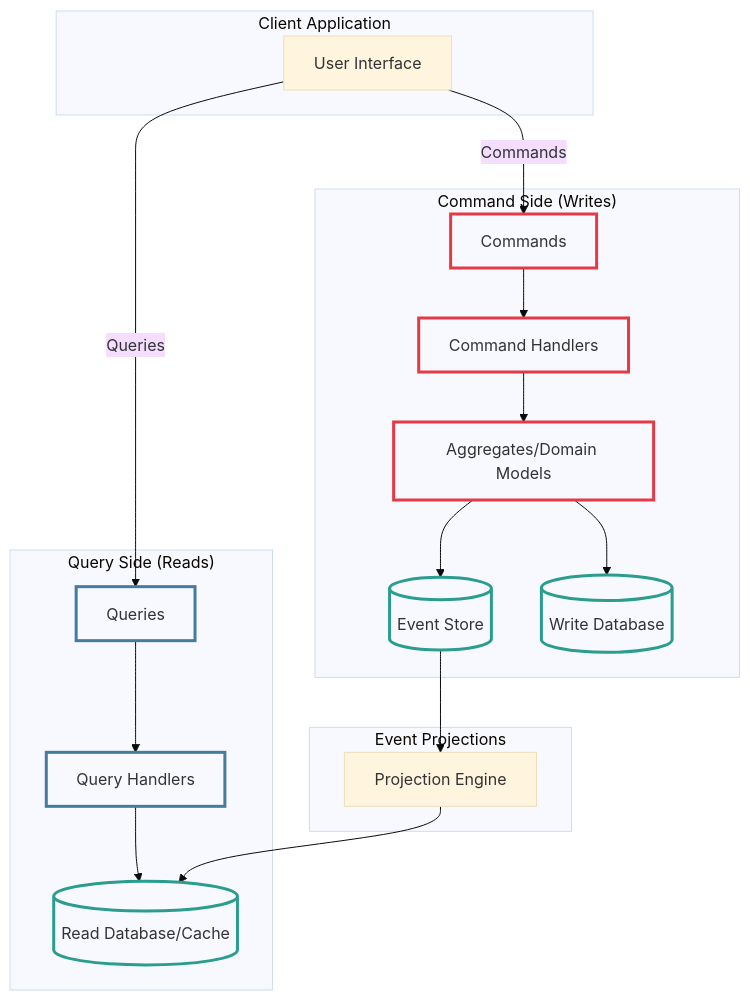
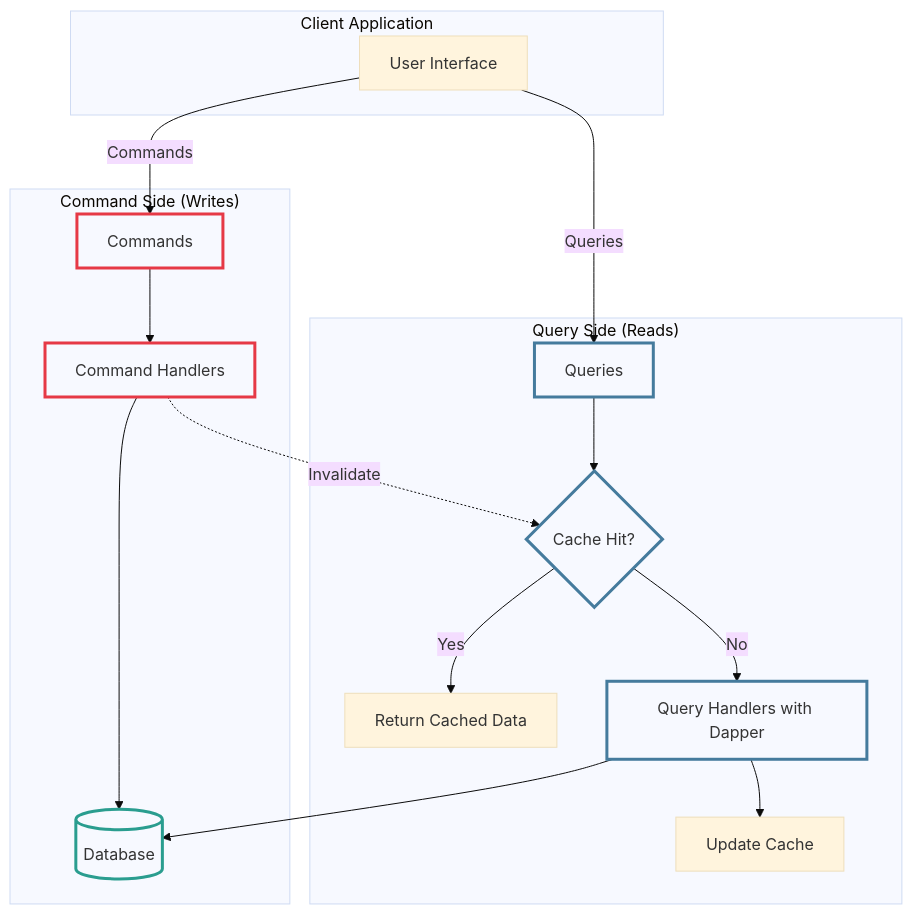
One commit to Shaddix/mostlylucidweb changed the first of 3 diagrams in Mostlylucid/Markdown/moderncqrsandeventsourcing.md. Above: the diagram before and after it, drawn with Mermaid (base theme). The commit also changed other lines of this file, not shown here.

````diff
--- a/Mostlylucid/Markdown/moderncqrsandeventsourcing.md
+++ b/Mostlylucid/Markdown/moderncqrsandeventsourcing.md
@@ -102,34 +82,31 @@
 ```mermaid
 flowchart TB
     subgraph Client["Client Application"]
         UI[User Interface]
     end
 
     subgraph Commands["Command Side (Writes)"]
         CMD[Commands] --> CMDH[Command Handlers]
-        CMDH --> AGG[Aggregates/Domain Models]
-        AGG --> EVTSTORE[(Event Store)]
-        AGG --> WRITEDB[(Write Database)]
+        CMDH --> DB[(Database)]
     end
 
     subgraph Queries["Query Side (Reads)"]
-        QRY[Queries] --> QRYH[Query Handlers]
-        QRYH --> READDB[(Read Database/Cache)]
-    end
-
-    subgraph Projections["Event Projections"]
-        EVTSTORE --> PROJ[Projection Engine]
-        PROJ --> READDB
+        QRY[Queries] --> CACHE{Cache Hit?}
+        CACHE -->|Yes| RETURN[Return Cached Data]
+        CACHE -->|No| QRYH[Query Handlers with Dapper]
+        QRYH --> DB
+        QRYH --> CACHESET[Update Cache]
     end
 
     UI -->|Commands| CMD
     UI -->|Queries| QRY
+    CMDH -.->|Invalidate| CACHE
 
     classDef commandStyle fill:none,stroke:#e63946,stroke-width:3px
     classDef queryStyle fill:none,stroke:#457b9d,stroke-width:3px
     classDef dataStyle fill:none,stroke:#2a9d8f,stroke-width:3px
 
-    class CMD,CMDH,AGG commandStyle
-    class QRY,QRYH queryStyle
-    class EVTSTORE,WRITEDB,READDB dataStyle
+    class CMD,CMDH commandStyle
+    class QRY,QRYH,CACHE queryStyle
+    class DB dataStyle
 ```
````
